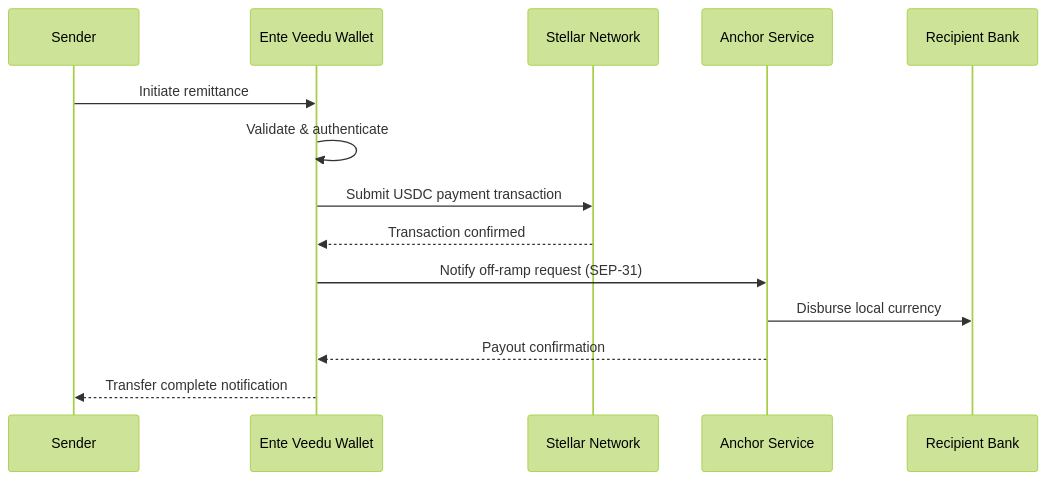
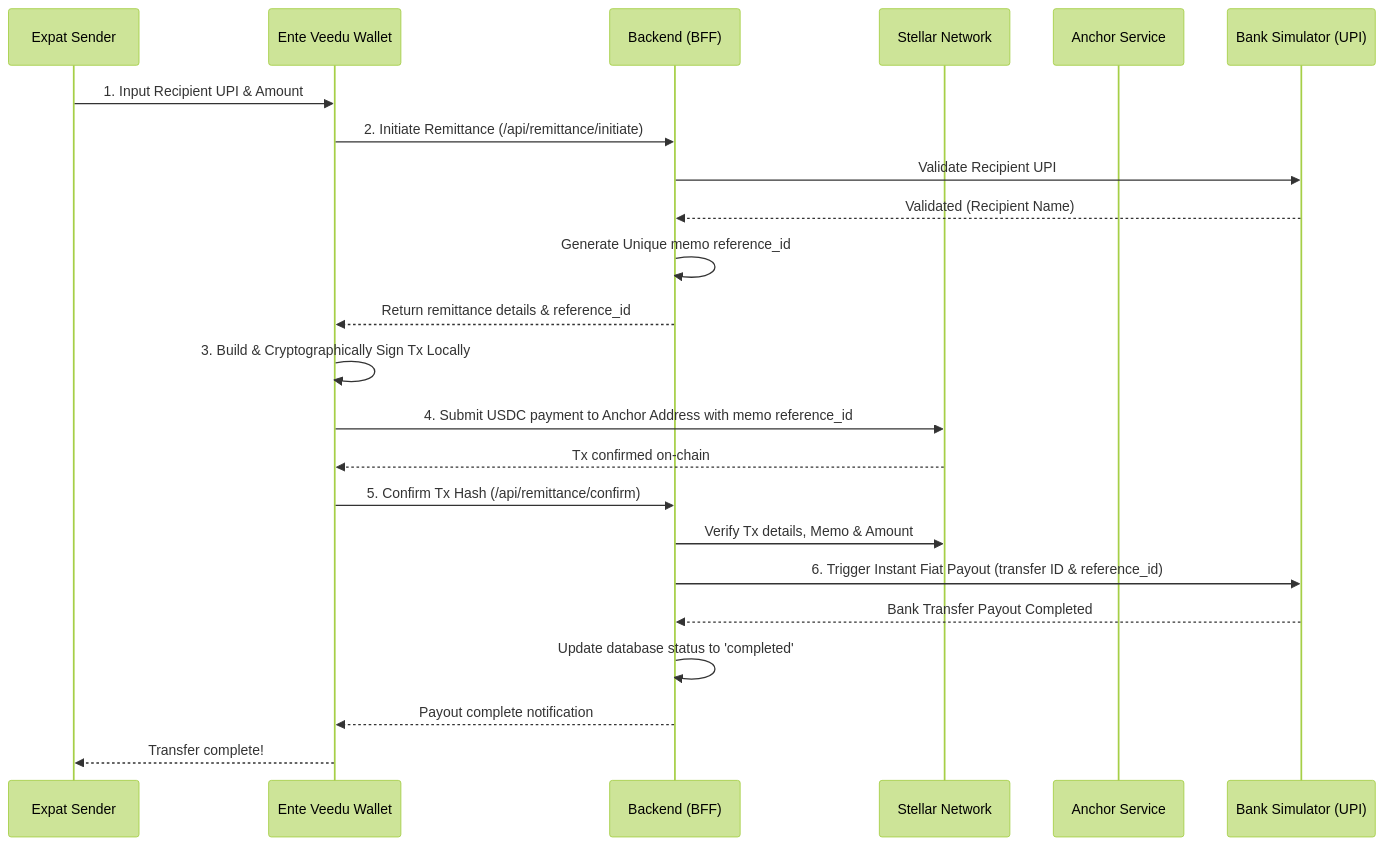
Before and after one commit to Ente-Veedu/.github: the third of 3 diagrams in profile/README.md, drawn with Mermaid (forest theme). The commit also changed other lines of this file, not shown here.

````diff
--- a/profile/README.md
+++ b/profile/README.md
@@ -113,17 +183,26 @@
 ```mermaid
 sequenceDiagram
-    participant S as Sender
+    participant S as Expat Sender
     participant W as Ente Veedu Wallet
+    participant BFF as Backend (BFF)
     participant St as Stellar Network
     participant An as Anchor Service
-    participant R as Recipient Bank
+    participant B as Bank Simulator (UPI)
 
-    S->>W: Initiate remittance
-    W->>W: Validate & authenticate
-    W->>St: Submit USDC payment transaction
-    St-->>W: Transaction confirmed
-    W->>An: Notify off-ramp request (SEP-31)
-    An->>R: Disburse local currency
-    An-->>W: Payout confirmation
-    W-->>S: Transfer complete notification
+    S->>W: 1. Input Recipient UPI & Amount
+    W->>BFF: 2. Initiate Remittance (/api/remittance/initiate)
+    BFF->>B: Validate Recipient UPI
+    B-->>BFF: Validated (Recipient Name)
+    BFF->>BFF: Generate Unique memo reference_id
+    BFF-->>W: Return remittance details & reference_id
+    W->>W: 3. Build & Cryptographically Sign Tx Locally
+    W->>St: 4. Submit USDC payment to Anchor Address with memo reference_id
+    St-->>W: Tx confirmed on-chain
+    W->>BFF: 5. Confirm Tx Hash (/api/remittance/confirm)
+    BFF->>St: Verify Tx details, Memo & Amount
+    BFF->>B: 6. Trigger Instant Fiat Payout (transfer ID & reference_id)
+    B-->>BFF: Bank Transfer Payout Completed
+    BFF->>BFF: Update database status to 'completed'
+    BFF-->>W: Payout complete notification
+    W-->>S: Transfer complete!
 ```
````
